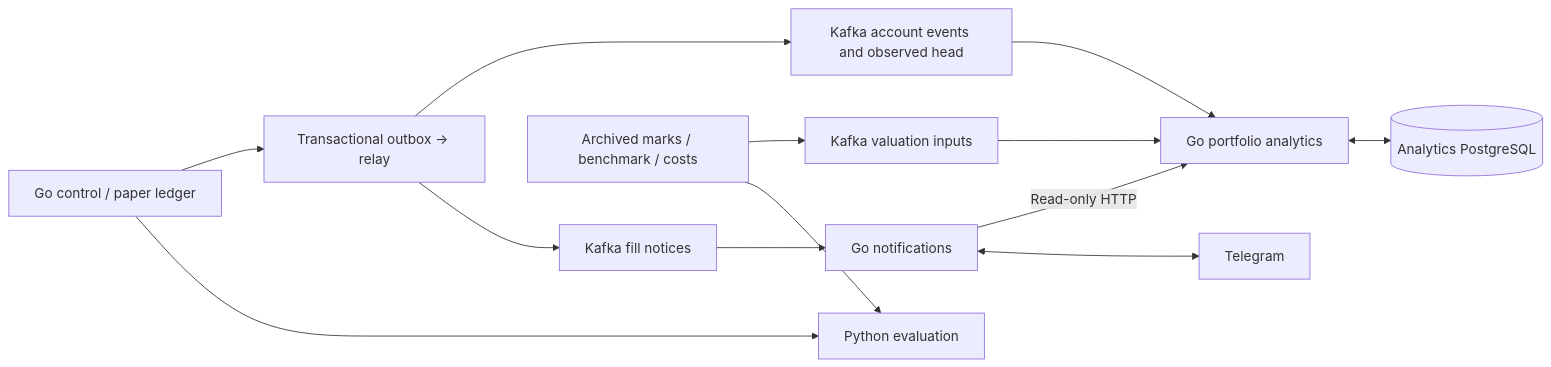
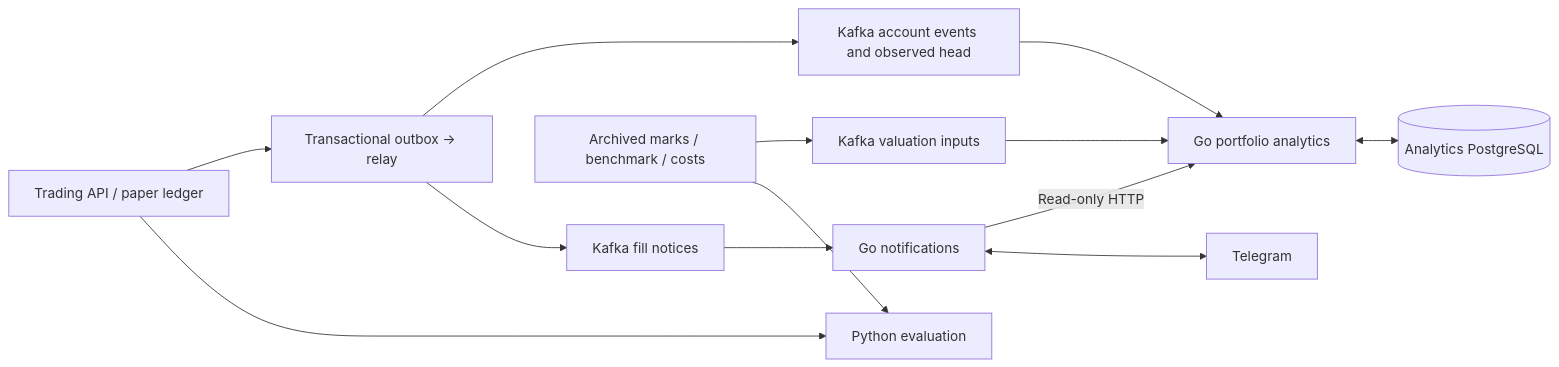
The diagram in docs/decisions/003-portfolio-analytics.md (Averia17/TradingBot), drawn with Mermaid before and after one commit. The commit also changed other lines of this file and 525 other files, not shown here.

````diff
--- a/docs/decisions/003-portfolio-analytics.md
+++ b/docs/decisions/003-portfolio-analytics.md
@@ -36,15 +36,15 @@
 ```mermaid
 flowchart LR
-    C[Go control / paper ledger] --> O[Transactional outbox → relay]
+    C[Trading API / paper ledger] --> O[Transactional outbox → relay]
     O --> K[Kafka account events and observed head]
     O --> F[Kafka fill notices]
     D[Archived marks / benchmark / costs] --> I[Kafka valuation inputs]
     K --> A[Go portfolio analytics]
     I --> A
     A <--> P[(Analytics PostgreSQL)]
     F --> N[Go notifications]
     N -->|Read-only HTTP| A
     N <--> T[Telegram]
     C --> E[Python evaluation]
     D --> E
 ```
````
